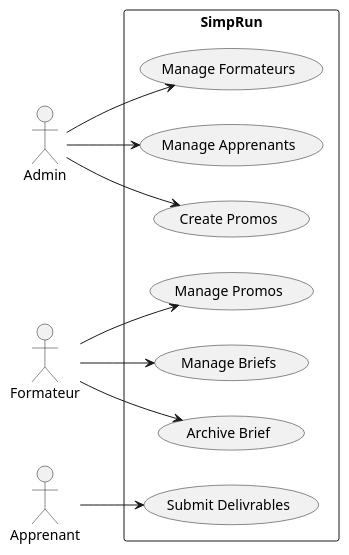
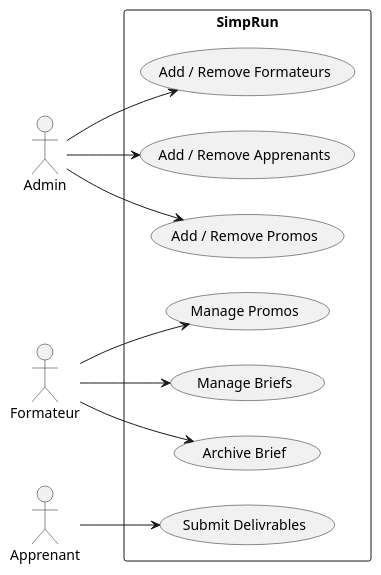
One commit to aymenBenadra/SimpRun changed the diagram in UML Diagrams/use case diagram.puml. Above: the diagram before and after it, drawn with PlantUML. The commit also changed 1 other file, not shown here.

Commit message:
Updated Class diagram to better describe what I'm working on.

```diff
--- a/UML Diagrams/use case diagram.puml
+++ b/UML Diagrams/use case diagram.puml
@@ -1,23 +1,23 @@
 @startuml
 left to right direction
 
 actor Admin
 actor Formateur
 actor Apprenant
 rectangle SimpRun {
-    usecase "Manage Formateurs" as UC1
-    usecase "Manage Apprenants" as UC2
-    usecase "Create Promos" as UC3
+    usecase "Add / Remove Formateurs" as UC1
+    usecase "Add / Remove Apprenants" as UC2
+    usecase "Add / Remove Promos" as UC3
     usecase "Manage Promos" as UC4
     usecase "Manage Briefs" as UC5
     usecase "Archive Brief" as UC6
     usecase "Submit Delivrables" as UC7
 }
 Admin --> UC1
 Admin --> UC2
 Admin --> UC3
 Formateur --> UC4
 Formateur --> UC5
 Formateur --> UC6
 Apprenant --> UC7
 @enduml
```
